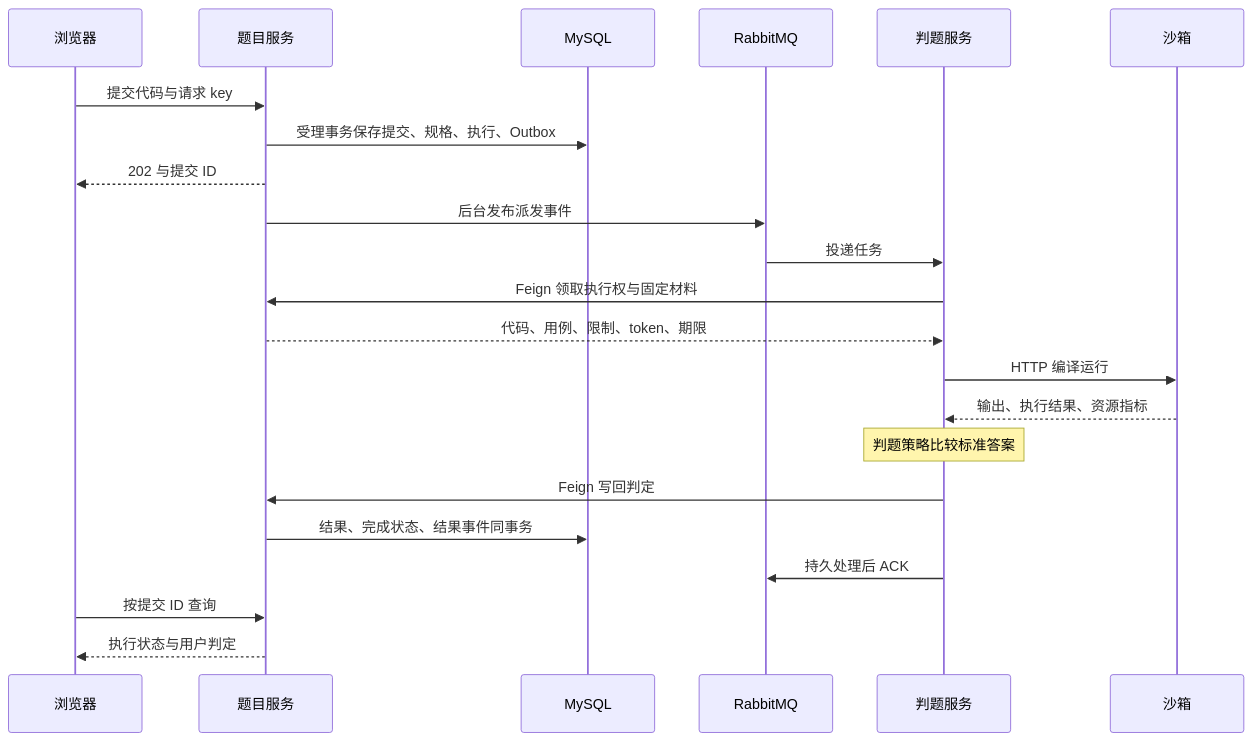
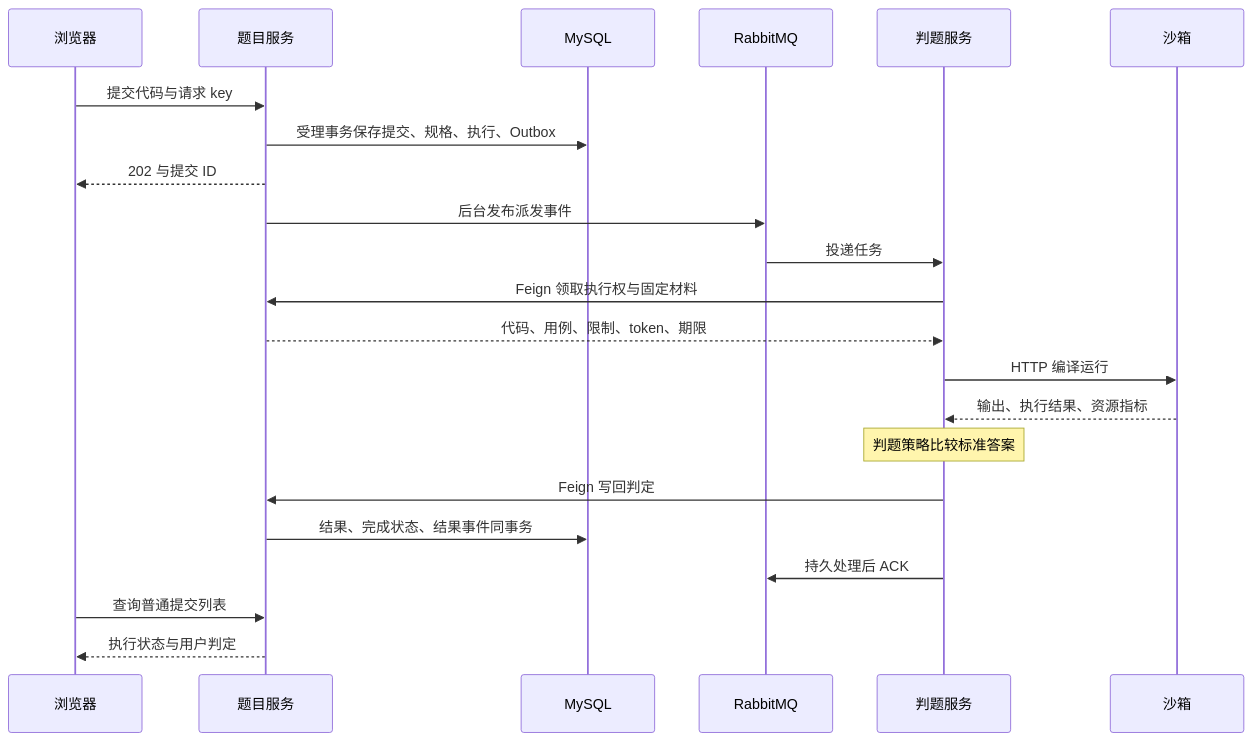
The diagram in docs/learning/02-提交与判题链路.md (BreadLover-ZS/CodeOJ), drawn with Mermaid before and after one commit. The commit also changed other lines of this file and 6 other files, not shown here.

````diff
--- a/docs/learning/02-提交与判题链路.md
+++ b/docs/learning/02-提交与判题链路.md
@@ -36,24 +32,24 @@
 ```mermaid
 sequenceDiagram
     participant B as 浏览器
     participant Q as 题目服务
     participant D as MySQL
     participant M as RabbitMQ
     participant J as 判题服务
     participant S as 沙箱
     B->>Q: 提交代码与请求 key
     Q->>D: 受理事务保存提交、规格、执行、Outbox
     Q-->>B: 202 与提交 ID
     Q->>M: 后台发布派发事件
     M->>J: 投递任务
     J->>Q: Feign 领取执行权与固定材料
     Q-->>J: 代码、用例、限制、token、期限
     J->>S: HTTP 编译运行
     S-->>J: 输出、执行结果、资源指标
     Note over J: 判题策略比较标准答案
     J->>Q: Feign 写回判定
     Q->>D: 结果、完成状态、结果事件同事务
     J->>M: 持久处理后 ACK
-    B->>Q: 按提交 ID 查询
+    B->>Q: 查询普通提交列表
     Q-->>B: 执行状态与用户判定
 ```
````
